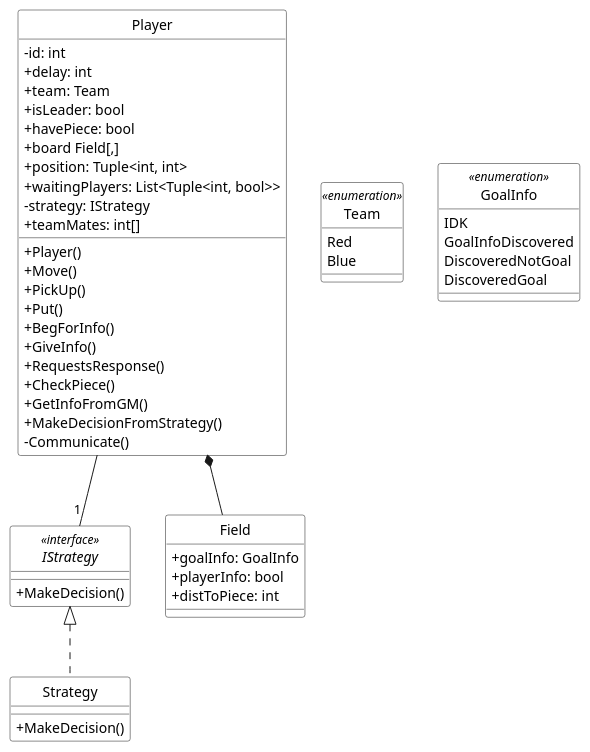
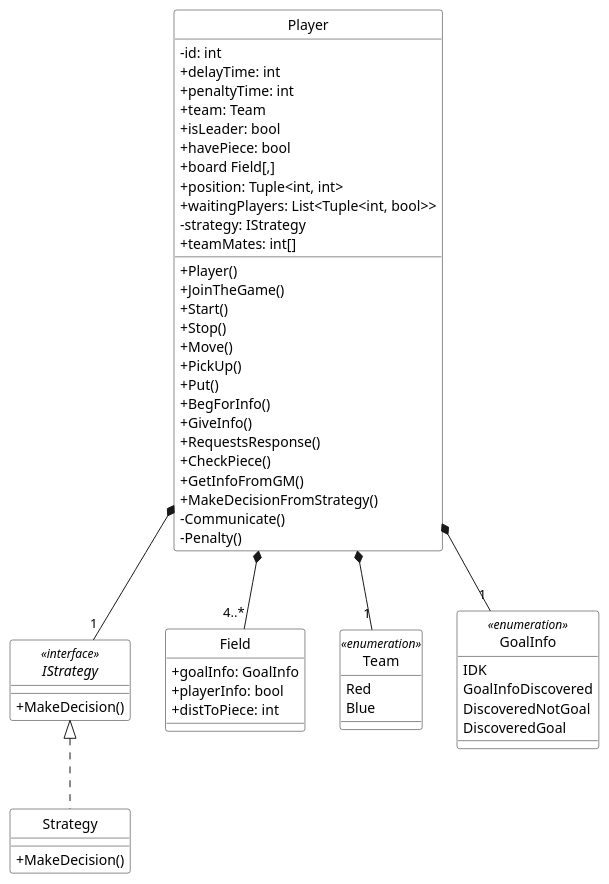
One commit to MINI-IO/IO-project-game changed the diagram in UML/ClassDiagram/Player.puml. Above: the diagram before and after it, drawn with PlantUML.

```diff
--- a/UML/ClassDiagram/Player.puml
+++ b/UML/ClassDiagram/Player.puml
@@ -1,65 +1,72 @@
 @startuml
 skinparam shadowing false
 skinparam monochrome true
 skinparam classAttributeIconSize 0
 hide circles
 
 skinparam class {
 BackgroundColor white
 }
 
 IStrategy <|.. Strategy
-Player *-- Field
-Player -- "1" IStrategy
+Player *-- "4..*" Field
+Player *-- "1" IStrategy
+Player *-- "1" Team
+Player *-- "1" GoalInfo
 
 class Player {
 - id: int
-+ delay: int
++ delayTime: int
++ penaltyTime: int
 + team: Team
 + isLeader: bool
 + havePiece: bool
 + board Field[,]
 + position: Tuple<int, int>
 + waitingPlayers: List<Tuple<int, bool>>
 - strategy: IStrategy
 + teamMates: int[]
 
 + Player()
++ JoinTheGame()
++ Start()
++ Stop()
 + Move()
 + PickUp()
 + Put()
 + BegForInfo()
 + GiveInfo()
 + RequestsResponse()
 + CheckPiece()
 + GetInfoFromGM()
 + MakeDecisionFromStrategy()
 - Communicate()
+- Penalty()
 }
 
 class Field{
 + goalInfo: GoalInfo
 + playerInfo: bool
 + distToPiece: int
 }
 
 interface IStrategy <<interface>> {
 + MakeDecision()
 }
 
 class Strategy {
 + MakeDecision()
 }
 
 enum Team <<enumeration>> {
 Red
 Blue
 }
 
 enum GoalInfo <<enumeration>> {
 IDK
 GoalInfoDiscovered
 DiscoveredNotGoal
 DiscoveredGoal
 }
 @enduml
```
